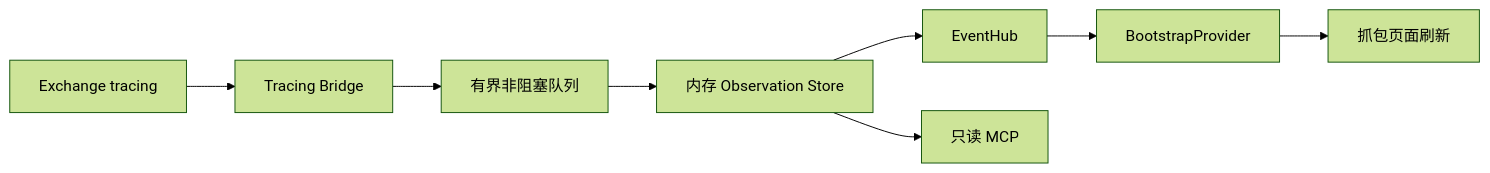
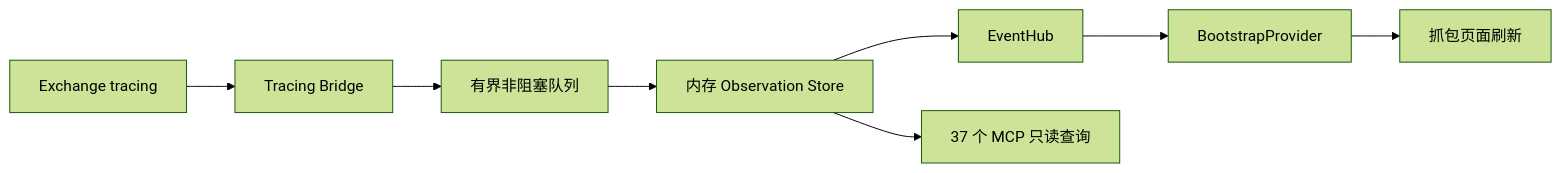
Before and after one commit to kouxko/gmofg-payment-proxy: the fifth of 5 diagrams in docs/architecture/data-flow.md, drawn with Mermaid (forest theme). The commit also changed other lines of this file and 632 other files, not shown here.

````diff
--- a/docs/architecture/data-flow.md
+++ b/docs/architecture/data-flow.md
@@ -148,10 +148,10 @@
 ```mermaid
 flowchart LR
     EX[Exchange tracing] --> BRIDGE[Tracing Bridge]
     BRIDGE --> QUEUE[有界非阻塞队列]
     QUEUE --> STORE[内存 Observation Store]
     STORE --> EVENTS[EventHub]
     EVENTS --> BOOT[BootstrapProvider]
     BOOT --> CAPTURE[抓包页面刷新]
-    STORE --> MCP[只读 MCP]
+    STORE --> MCP[37 个 MCP 只读查询]
 ```
````
